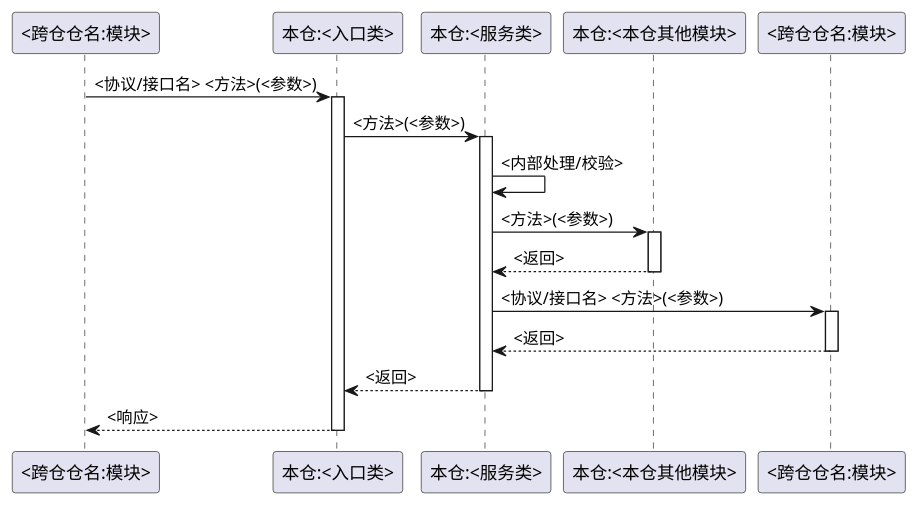
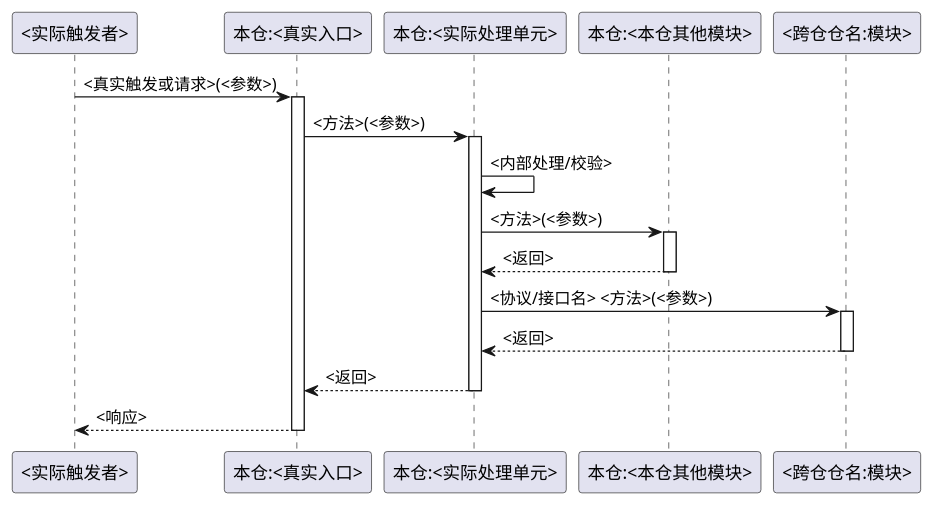
The third of 4 diagrams in internal-skills/business-docs-generator/templates/repo/module-doc.md (yunine9/mae-flow-cloud), drawn with PlantUML before and after one commit. The commit also changed other lines of this file and 53 other files, not shown here.

First line of the commit message:
feat(knowledge): bundle extraction method and validate PlantUML (#475)

````diff
--- a/internal-skills/business-docs-generator/templates/repo/module-doc.md
+++ b/internal-skills/business-docs-generator/templates/repo/module-doc.md
@@ -121,27 +124,27 @@
 ```plantuml
 @startuml
-participant "<跨仓仓名:模块>" as Ext
-participant "本仓:<入口类>" as Entry
-participant "本仓:<服务类>" as Svc
+participant "<实际触发者>" as Ext
+participant "本仓:<真实入口>" as Entry
+participant "本仓:<实际处理单元>" as Svc
 participant "本仓:<本仓其他模块>" as Intra
 participant "<跨仓仓名:模块>" as Dep
 
-Ext -> Entry : <协议/接口名> <方法>(<参数>)
+Ext -> Entry : <真实触发或请求>(<参数>)
 activate Entry
 Entry -> Svc : <方法>(<参数>)
 activate Svc
 Svc -> Svc : <内部处理/校验>
 Svc -> Intra : <方法>(<参数>)
 activate Intra
 Intra --> Svc : <返回>
 deactivate Intra
 Svc -> Dep : <协议/接口名> <方法>(<参数>)
 activate Dep
 Dep --> Svc : <返回>
 deactivate Dep
 Svc --> Entry : <返回>
 deactivate Svc
 Entry --> Ext : <响应>
 deactivate Entry
 @enduml
 ```
````
